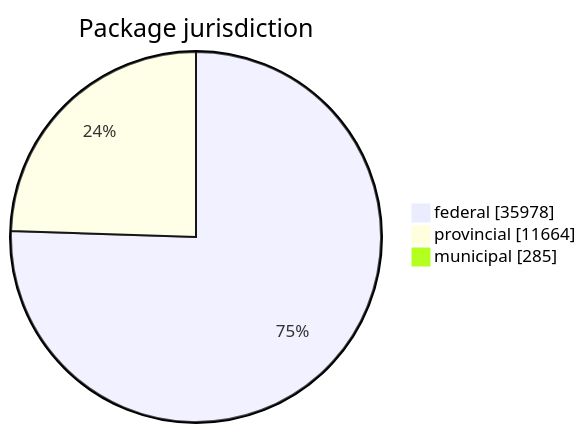
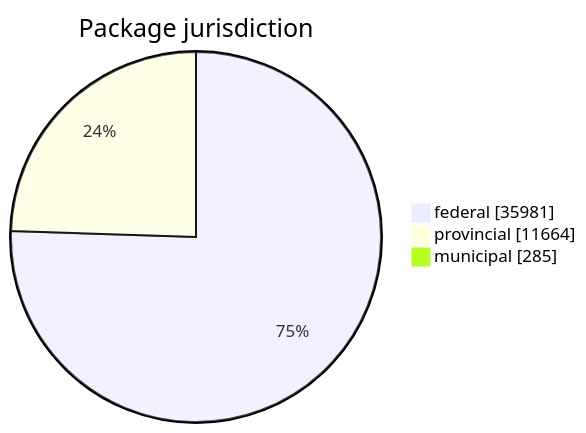
One commit to open-data/analytics-corporate-reporting changed the first of 5 diagrams in FreshCheck/README.md. Above: the diagram before and after it, drawn with Mermaid. The commit also changed other lines of this file and 3 other files, not shown here.

````diff
--- a/FreshCheck/README.md
+++ b/FreshCheck/README.md
@@ -60,6 +60,6 @@
 ```mermaid
 pie showData title Package jurisdiction
-    "federal": 35978
+    "federal": 35981
     "provincial": 11664
     "municipal": 285
 ```
````
